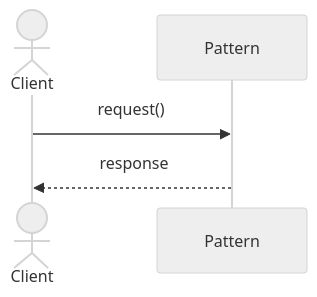
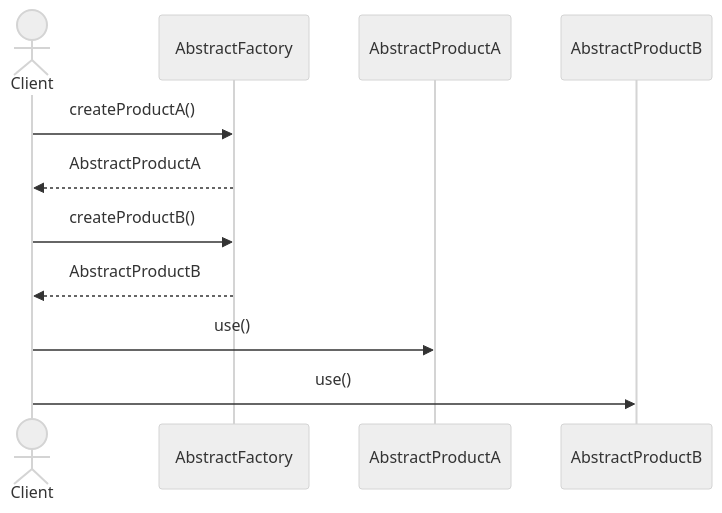
The second of 2 diagrams in abstract-factory/README.md (SaumilP/design-patterns), drawn with Mermaid (neutral theme) before and after one commit. The commit also changed other lines of this file and 34 other files, not shown here.

Commit message:
Added class and sequence diagrams

````diff
--- a/abstract-factory/README.md
+++ b/abstract-factory/README.md
@@ -77,7 +117,10 @@
 ```mermaid
 sequenceDiagram
     actor Client
-    participant Pattern
-    Client->>Pattern: request()
-    Pattern-->>Client: response
+    Client->>AbstractFactory: createProductA()
+    AbstractFactory-->>Client: AbstractProductA
+    Client->>AbstractFactory: createProductB()
+    AbstractFactory-->>Client: AbstractProductB
+    Client->>AbstractProductA: use()
+    Client->>AbstractProductB: use()
 ```
````
